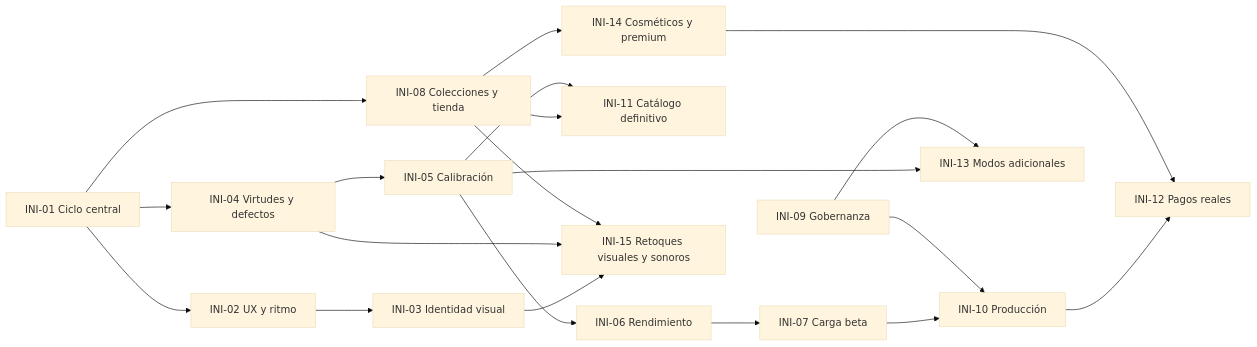
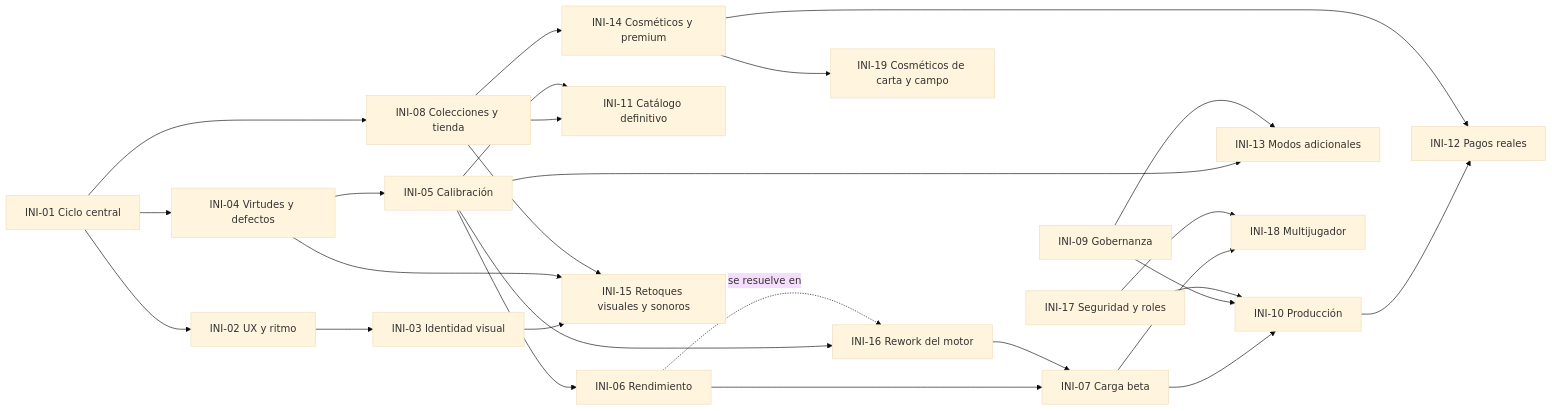
One commit to RichardNava/futboosterdraft changed the diagram in ROADMAP.md. Above: the diagram before and after it, drawn with Mermaid (base theme). The commit also changed other lines of this file and 7 other files, not shown here.

Commit message:
docs(017): plan de auditoría de seguridad y roles; INI-12 pasa a P0

````diff
--- a/ROADMAP.md
+++ b/ROADMAP.md
@@ -53,19 +57,25 @@
 ```mermaid
 graph LR
   INI01[INI-01 Ciclo central] --> INI02[INI-02 UX y ritmo] --> INI03[INI-03 Identidad visual]
   INI01 --> INI04[INI-04 Virtudes y defectos] --> INI05[INI-05 Calibración]
   INI05 --> INI06[INI-06 Rendimiento] --> INI07[INI-07 Carga beta]
   INI01 --> INI08[INI-08 Colecciones y tienda]
   INI07 --> INI10[INI-10 Producción]
   INI09[INI-09 Gobernanza] --> INI10
   INI08 --> INI11[INI-11 Catálogo definitivo]
   INI05 --> INI11
   INI10 --> INI12[INI-12 Pagos reales]
   INI08 --> INI14[INI-14 Cosméticos y premium]
   INI14 --> INI12
   INI05 --> INI13[INI-13 Modos adicionales]
   INI09 --> INI13
   INI03 --> INI15[INI-15 Retoques visuales y sonoros]
   INI04 --> INI15
   INI08 --> INI15
+  INI05 --> INI16[INI-16 Rework del motor] --> INI07
+  INI06 -.se resuelve en.-> INI16
+  INI17[INI-17 Seguridad y roles] --> INI10
+  INI07 --> INI18[INI-18 Multijugador]
+  INI17 --> INI18
+  INI14 --> INI19[INI-19 Cosméticos de carta y campo]
 ```
````
